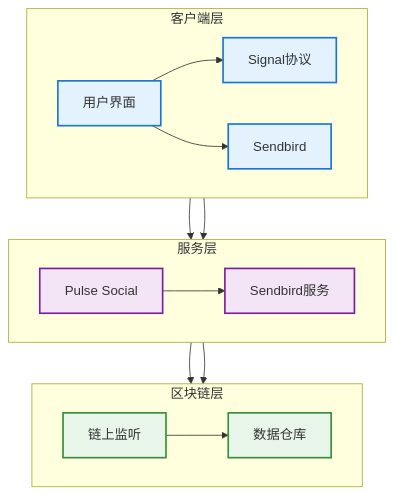
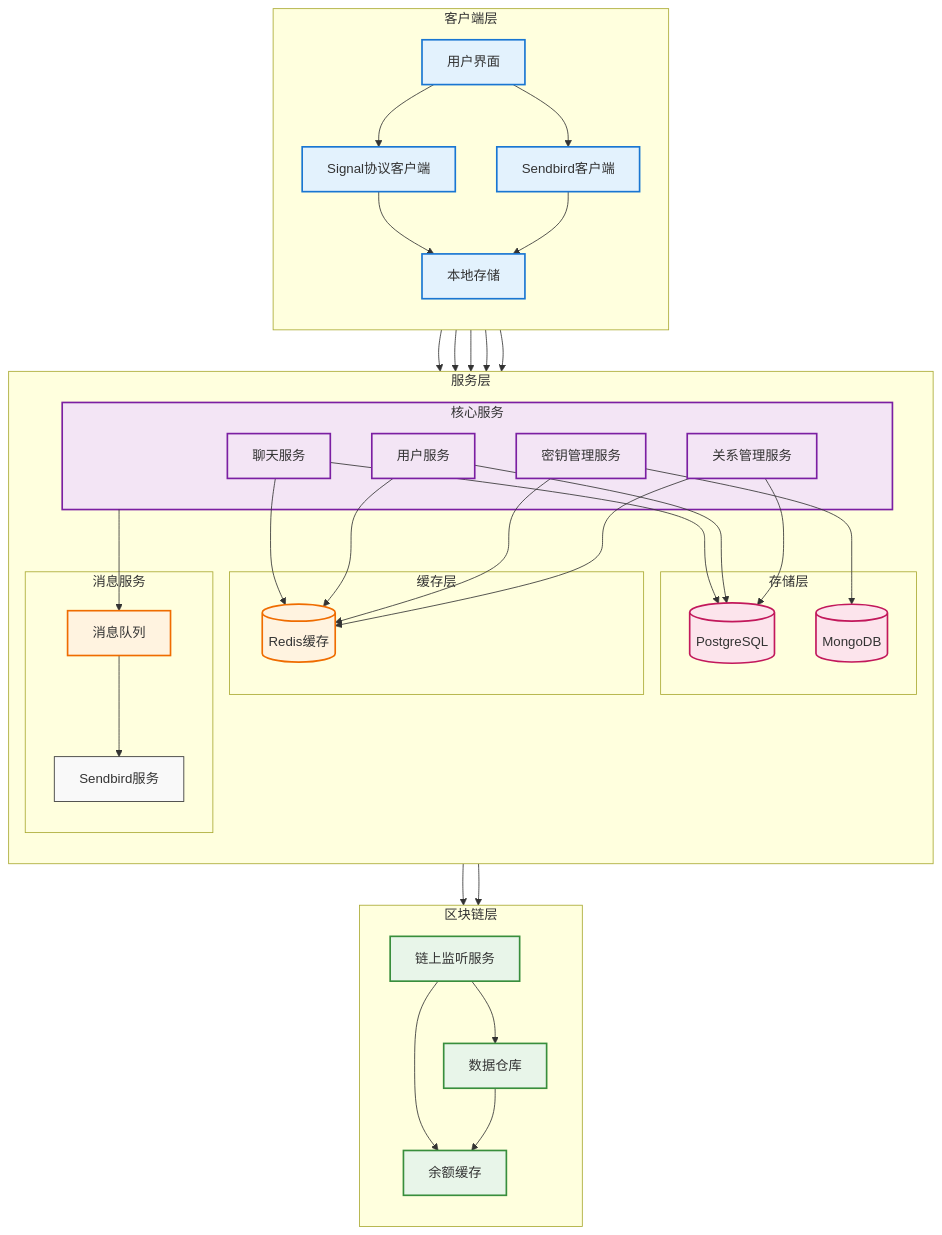
The first of 8 diagrams in docs/pulse-dm.md (usherfly/Signal-Server-main), drawn with Mermaid before and after one commit. The commit also changed other lines of this file, not shown here.

````diff
--- a/docs/pulse-dm.md
+++ b/docs/pulse-dm.md
@@ -34,44 +34,88 @@
     classDef client fill:#e3f2fd,stroke:#1976d2,stroke-width:2px
     classDef server fill:#f3e5f5,stroke:#7b1fa2,stroke-width:2px
     classDef blockchain fill:#e8f5e9,stroke:#388e3c,stroke-width:2px
+    classDef middleware fill:#fff3e0,stroke:#ef6c00,stroke-width:2px
+    classDef storage fill:#fce4ec,stroke:#c2185b,stroke-width:2px
 
     %% 客户端层
     subgraph Client["客户端层"]
-        direction LR
+        direction TB
         UI[用户界面]
-        SignalClient[Signal协议]
-        SendbirdClient[Sendbird]
+        SignalClient[Signal协议客户端]
+        SendbirdClient[Sendbird客户端]
+        LocalDB[本地存储]
         
         UI --> SignalClient
         UI --> SendbirdClient
+        SignalClient --> LocalDB
+        SendbirdClient --> LocalDB
     end
 
     %% 服务层
     subgraph Server["服务层"]
-        direction LR
-        PulseSocial[Pulse Social]
-        SendbirdServer[Sendbird服务]
+        direction TB
+        subgraph Core["核心服务"]
+            ChatService[聊天服务]
+            UserService[用户服务]
+            KeyService[密钥管理服务]
+            RelationService[关系管理服务]
+        end
         
-        PulseSocial --> SendbirdServer
+        subgraph Cache["缓存层"]
+            Redis[(Redis缓存)]
+        end
+        
+        subgraph Storage["存储层"]
+            PostgreSQL[(PostgreSQL)]
+            MongoDB[(MongoDB)]
+        end
+        
+        subgraph Message["消息服务"]
+            SendbirdServer[Sendbird服务]
+            MQ[消息队列]
+        end
+        
+        %% 服务层连接
+        ChatService --> Redis
+        UserService --> Redis
+        KeyService --> Redis
+        RelationService --> Redis
+        
+        ChatService --> PostgreSQL
+        UserService --> PostgreSQL
+        KeyService --> MongoDB
+        RelationService --> PostgreSQL
+        
+        Core --> MQ
+        MQ --> SendbirdServer
     end
 
     %% 区块链层
     subgraph Blockchain["区块链层"]
-        direction LR
-        ChainListener[链上监听]
+        direction TB
+        ChainListener[链上监听服务]
         DataWarehouse[数据仓库]
+        BalanceCache[余额缓存]
         
         ChainListener --> DataWarehouse
+        ChainListener --> BalanceCache
+        DataWarehouse --> BalanceCache
     end
 
     %% 跨层连接
-    SignalClient --> PulseSocial
+    SignalClient --> KeyService
+    SignalClient --> ChatService
     SendbirdClient --> SendbirdServer
-    PulseSocial --> ChainListener
-    PulseSocial --> DataWarehouse
+    UI --> UserService
+    UI --> RelationService
+    
+    Core --> ChainListener
+    Core --> BalanceCache
 
     %% 应用样式
-    class UI,SignalClient,SendbirdClient client
-    class PulseSocial,SendbirdServer server
-    class ChainListener,DataWarehouse blockchain
+    class UI,SignalClient,SendbirdClient,LocalDB client
+    class ChatService,UserService,KeyService,RelationService,Core server
+    class ChainListener,DataWarehouse,BalanceCache blockchain
+    class Redis,MQ middleware
+    class PostgreSQL,MongoDB storage
 ```
````
